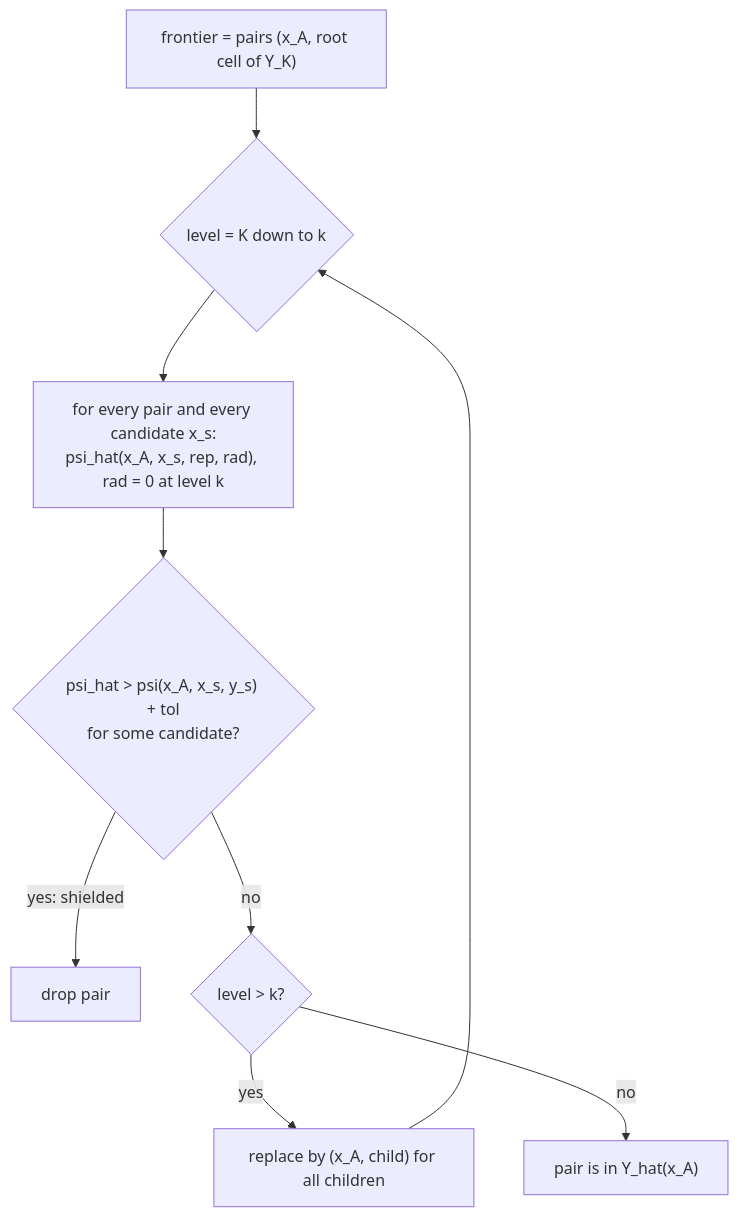
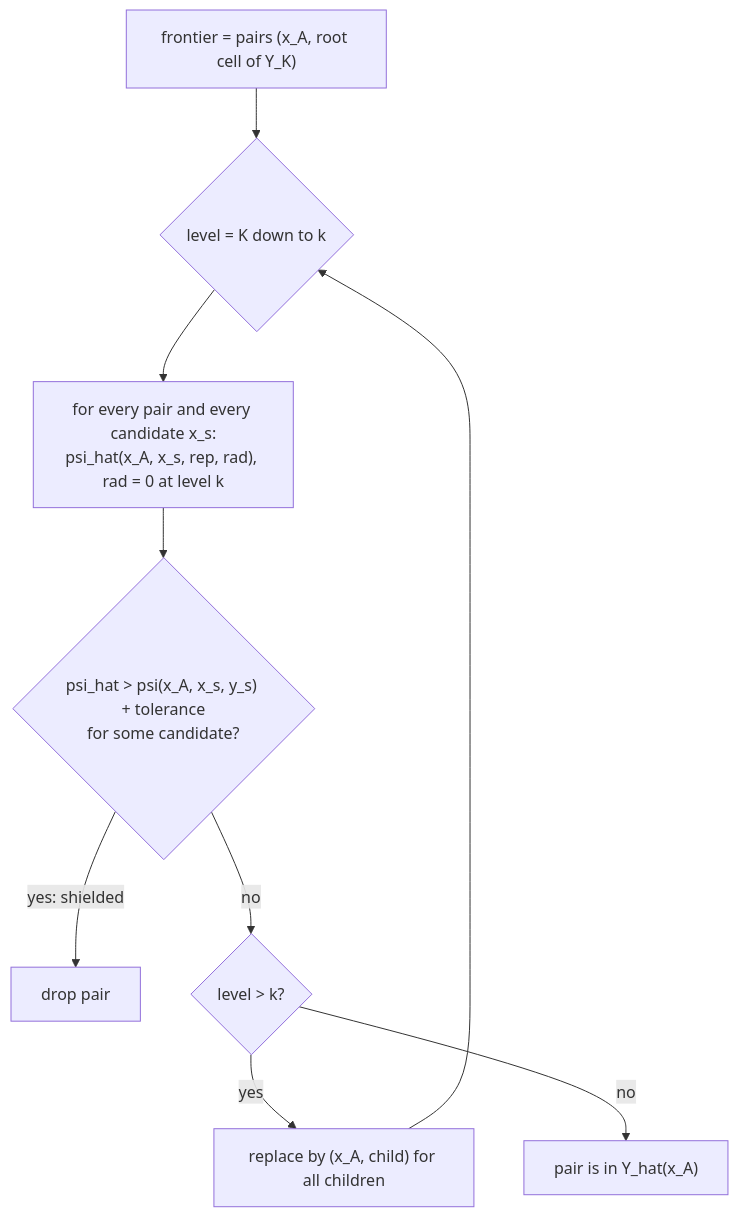
The seventh of 9 diagrams in docs/flowchart.md (BenediktKaltenbach/multiscale_dicrete_ot), drawn with Mermaid before and after one commit. The commit also changed other lines of this file, not shown here.

Commit message:
flowchart: multiquadratic cost, FacePruning and filter_missed

````diff
--- a/docs/flowchart.md
+++ b/docs/flowchart.md
@@ -99,11 +101,11 @@
 ```mermaid
 flowchart TB
     A["frontier = pairs (x_A, root cell of Y_K)"] --> B{"level = K down to k"}
     B --> C["for every pair and every candidate x_s:<br/>psi_hat(x_A, x_s, rep, rad), rad = 0 at level k"]
-    C --> D{"psi_hat > psi(x_A, x_s, y_s) + tol<br/>for some candidate?"}
+    C --> D{"psi_hat > psi(x_A, x_s, y_s) + tolerance<br/>for some candidate?"}
     D -- "yes: shielded" --> X["drop pair"]
     D -- no --> E{"level > k?"}
     E -- yes --> F["replace by (x_A, child) for all children"]
     F --> B
     E -- no --> G["pair is in Y_hat(x_A)"]
 ```
````
